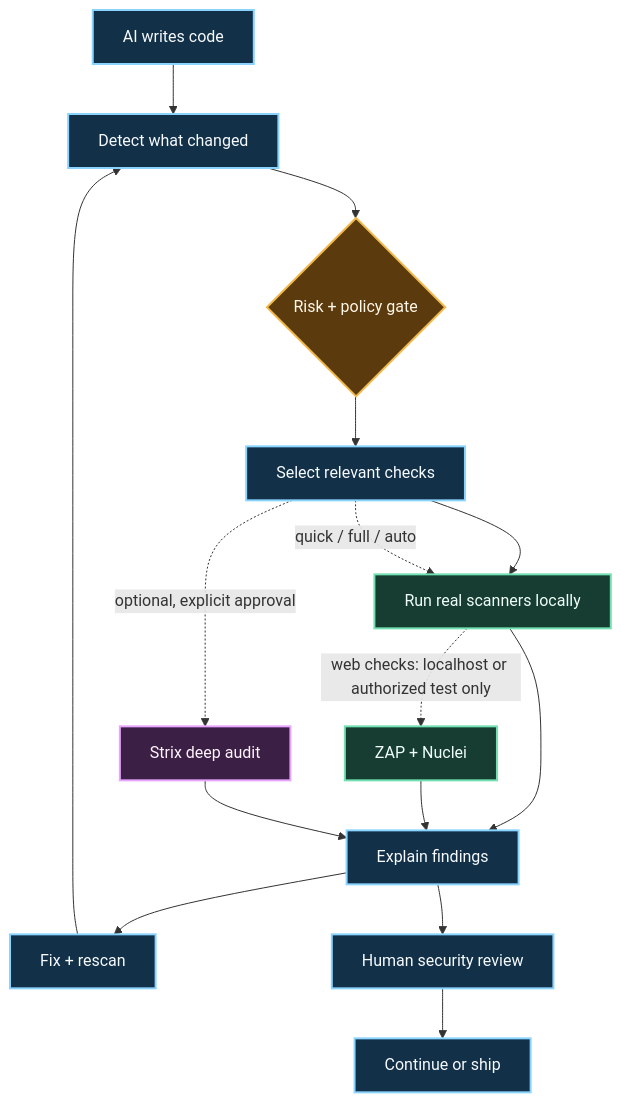
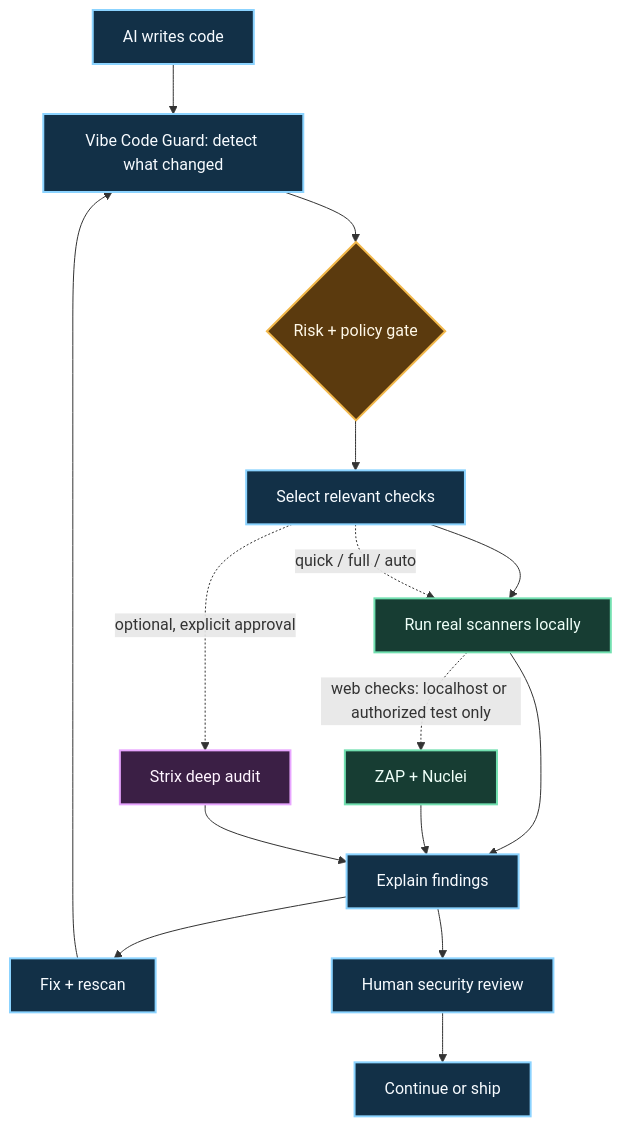
The diagram in diagrams/vibe-code-guard-flow.mmd (DOTfei/vibe-code-guard), drawn with Mermaid before and after one commit. The commit also changed 25 other files, not shown here.

First line of the commit message:
docs: clarify Vibe Code Guard scope and third-party attribution

```diff
--- a/diagrams/vibe-code-guard-flow.mmd
+++ b/diagrams/vibe-code-guard-flow.mmd
@@ -1,24 +1,24 @@
 graph TD
-  A["AI writes code"] --> B["Detect what changed"]
+  A["AI writes code"] --> B["Vibe Code Guard: detect what changed"]
   B --> C{"Risk + policy gate"}
   C --> D["Select relevant checks"]
   D --> E["Run real scanners locally"]
   E --> F["Explain findings"]
   F --> G["Fix + rescan"]
   G --> B
   F --> H["Human security review"]
   H --> I["Continue or ship"]
   D -. "quick / full / auto" .-> E
   E -. "web checks: localhost or authorized test only" .-> J["ZAP + Nuclei"]
   D -. "optional, explicit approval" .-> K["Strix deep audit"]
   J --> F
   K --> F
 
   classDef product fill:#123047,stroke:#8bd3ff,color:#f7fbff,stroke-width:2px;
   classDef decision fill:#5b3a0e,stroke:#f2b84b,color:#fff8e8,stroke-width:2px;
   classDef scanner fill:#173d33,stroke:#72e0b0,color:#effff8,stroke-width:2px;
   classDef safety fill:#3b1f45,stroke:#e8a5ff,color:#fff4ff,stroke-width:2px;
   class A,B,D,F,G,H,I product;
   class C decision;
   class E,J scanner;
   class K safety;
```
